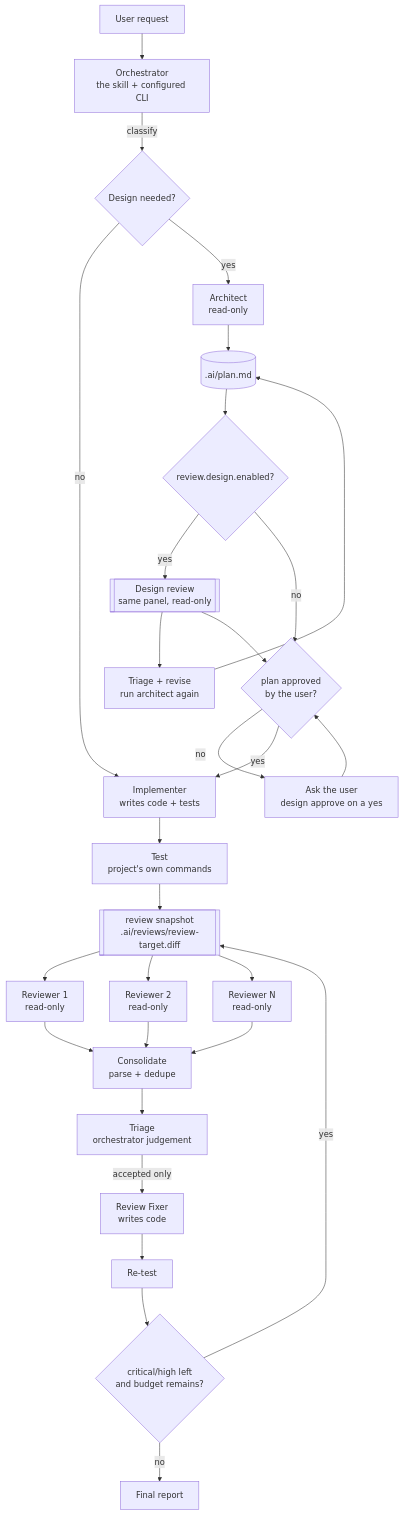
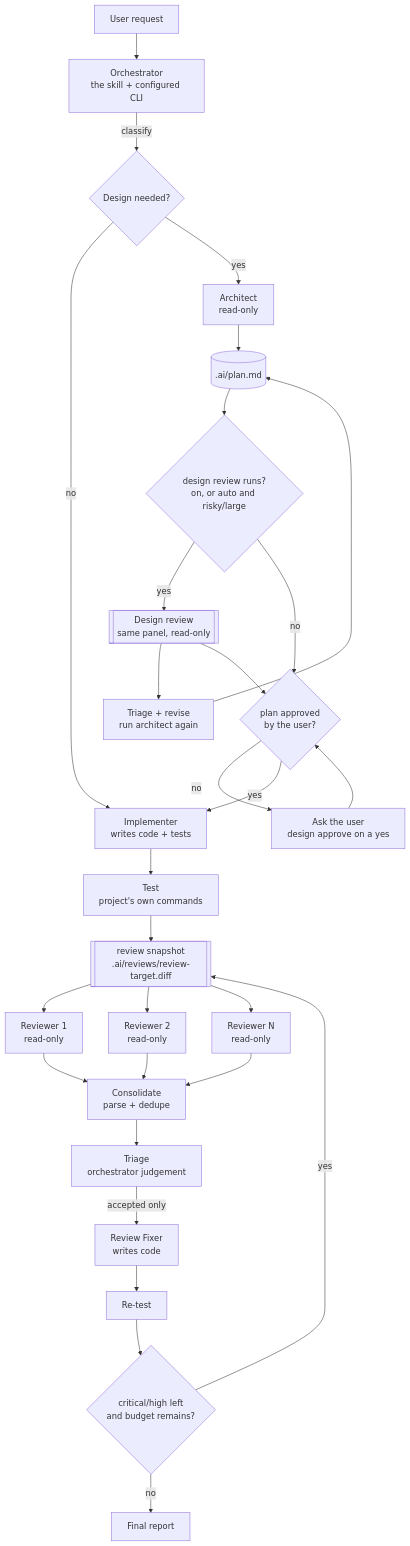
One commit to istb16/dev-orchestra changed the diagram in docs/ja/references/architecture.md. Above: the diagram before and after it, drawn with Mermaid. The commit also changed other lines of this file and 27 other files, not shown here.

First line of the commit message:
feat: review.design.enabled に auto を足し、既定にする

````diff
--- a/docs/ja/references/architecture.md
+++ b/docs/ja/references/architecture.md
@@ -15,31 +15,31 @@
 ```mermaid
 flowchart TD
     U[User request] --> O[Orchestrator<br/>the skill + configured CLI]
     O -->|classify| D{Design needed?}
     D -->|no| I
     D -->|yes| A[Architect<br/>read-only]
     A --> P[(.ai/plan.md)]
-    P --> DR{review.design.enabled?}
+    P --> DR{design review runs?<br/>on, or auto and risky/large}
     DR -->|yes| DP[[Design review<br/>same panel, read-only]]
     DP --> DT[Triage + revise<br/>run architect again]
     DT --> P
     DR -->|no| AP{plan approved<br/>by the user?}
     DP --> AP
     AP -->|no| ASK[Ask the user<br/>design approve on a yes]
     ASK --> AP
     AP -->|yes| I[Implementer<br/>writes code + tests]
     I --> T[Test<br/>project's own commands]
     T --> S[[review snapshot<br/>.ai/reviews/review-target.diff]]
     S --> R1[Reviewer 1<br/>read-only]
     S --> R2[Reviewer 2<br/>read-only]
     S --> R3[Reviewer N<br/>read-only]
     R1 --> C[Consolidate<br/>parse + dedupe]
     R2 --> C
     R3 --> C
     C --> TR[Triage<br/>orchestrator judgement]
     TR -->|accepted only| F[Review Fixer<br/>writes code]
     F --> T2[Re-test]
     T2 --> Q{critical/high left<br/>and budget remains?}
     Q -->|yes| S
     Q -->|no| REP[Final report]
 ```
````
